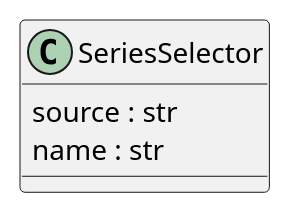
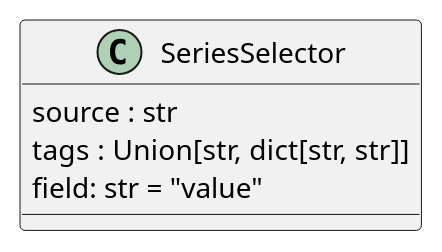
The first of 3 diagrams in docs/kukur.asciidoc (timeseer-ai/kukur), drawn with PlantUML before and after one commit. The commit also changed 25 other files, not shown here.

```diff
--- a/docs/kukur.asciidoc
+++ b/docs/kukur.asciidoc
@@ -446,7 +446,8 @@
 [plantuml]
 ....
 class SeriesSelector {
     source : str
-    name : str
+    tags : Union[str, dict[str, str]]
+    field: str = "value"
 }
 ....
```
